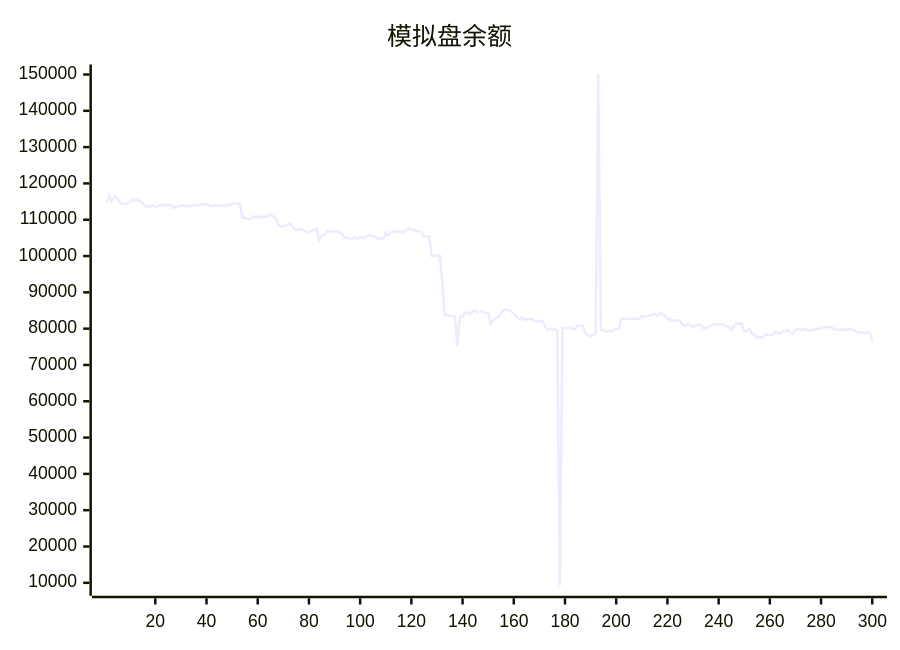
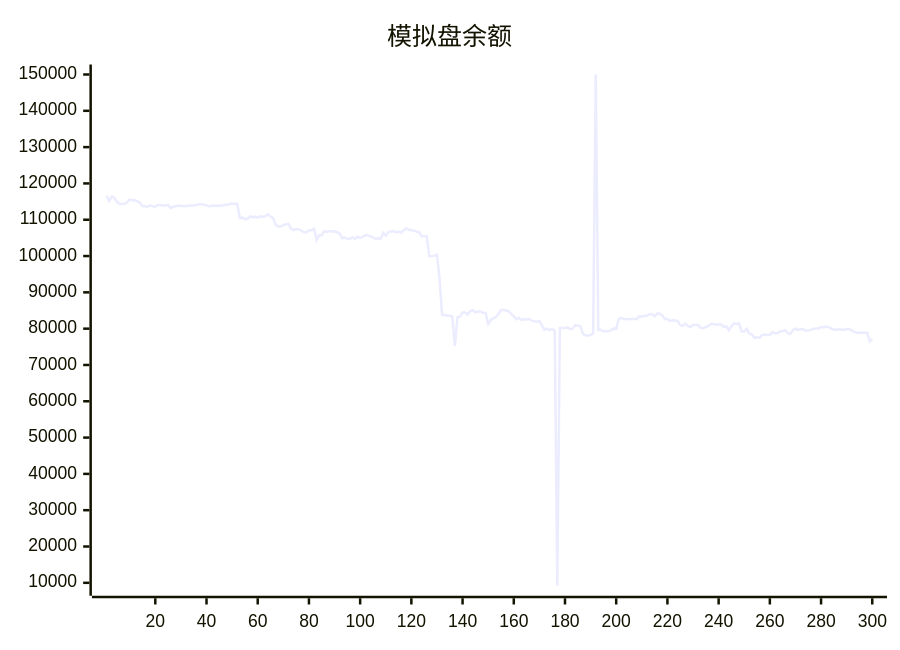
The diagram in README.md (aahl/ai-trading), drawn with Mermaid before and after one commit. The commit also changed other lines of this file and 1 other file, not shown here.

````diff
--- a/README.md
+++ b/README.md
@@ -5,5 +5,5 @@
 ```mermaid
 xychart
     title "模拟盘余额"
-    line [114726,116697,115160,116423,116083,114950,114365,114365,114388,114730,115582,115358,115358,115032,114686,113688,113688,113610,113930,113672,113585,114083,114074,113840,113996,114051,113208,113593,113701,113901,113794,113784,113810,113848,113927,113929,114064,114232,114293,114144,113960,113698,113853,113942,113812,113908,113877,114091,113998,114427,114422,114384,114384,110477,110576,110198,110198,110890,110712,110812,110569,110929,110847,110968,111478,110870,110433,108661,108116,108115,108485,108797,108877,107536,107134,107393,107393,107046,106565,106565,107081,107081,107478,104404,105715,105749,106866,106651,106889,106771,106816,106565,106141,104876,105103,104796,104734,105169,104690,105380,104941,105272,105709,105739,105374,105227,104691,104924,104762,106364,105628,106608,106748,106872,106485,106721,106468,107132,107620,107224,107080,107001,106717,106567,105431,105431,105440,99950,100017,100113,100337,93749,83795,83807,83567,83567,83342,75168,83222,83336,84448,84449,83896,84839,85065,84499,84757,84757,84364,84347,81254,82385,82835,83184,84099,85150,85150,85002,84751,84096,83356,82582,82983,82404,82572,82512,82688,82200,82047,81920,82125,80840,79688,80060,79552,79920,79470,9193,80236,80208,80170,80336,79894,80006,80954,80837,80712,78561,78139,78037,78293,78682,150000,79720,79720,79214,79372,79279,79591,80046,79993,82625,82950,82626,82571,82633,82670,82670,82681,83386,83378,83464,83579,83920,84037,83402,84160,84142,83652,82655,82655,82145,82315,82243,82163,80934,80770,81371,80742,80468,80989,80989,81067,80191,80155,80450,80737,81309,81309,81106,81119,81119,80471,80631,79624,80670,81448,81290,81429,79212,79222,79940,78643,78380,77432,77623,77504,78235,78358,78284,78277,79048,78714,78714,79290,79308,79567,78763,78563,79603,79988,79652,79813,79813,79476,79469,79673,79995,80015,80015,80486,80314,80600,80436,79966,79689,79689,79819,79692,79692,79850,79850,79518,79071,78889,78850,78850,78878,78878,76554]
+    line [116697,115160,116423,116083,114950,114365,114365,114388,114730,115582,115358,115358,115032,114686,113688,113688,113610,113930,113672,113585,114083,114074,113840,113996,114051,113208,113593,113701,113901,113794,113784,113810,113848,113927,113929,114064,114232,114293,114144,113960,113698,113853,113942,113812,113908,113877,114091,113998,114427,114422,114384,114384,110477,110576,110198,110198,110890,110712,110812,110569,110929,110847,110968,111478,110870,110433,108661,108116,108115,108485,108797,108877,107536,107134,107393,107393,107046,106565,106565,107081,107081,107478,104404,105715,105749,106866,106651,106889,106771,106816,106565,106141,104876,105103,104796,104734,105169,104690,105380,104941,105272,105709,105739,105374,105227,104691,104924,104762,106364,105628,106608,106748,106872,106485,106721,106468,107132,107620,107224,107080,107001,106717,106567,105431,105431,105440,99950,100017,100113,100337,93749,83795,83807,83567,83567,83342,75168,83222,83336,84448,84449,83896,84839,85065,84499,84757,84757,84364,84347,81254,82385,82835,83184,84099,85150,85150,85002,84751,84096,83356,82582,82983,82404,82572,82512,82688,82200,82047,81920,82125,80840,79688,80060,79552,79920,79470,9193,80236,80208,80170,80336,79894,80006,80954,80837,80712,78561,78139,78037,78293,78682,150000,79720,79720,79214,79372,79279,79591,80046,79993,82625,82950,82626,82571,82633,82670,82670,82681,83386,83378,83464,83579,83920,84037,83402,84160,84142,83652,82655,82655,82145,82315,82243,82163,80934,80770,81371,80742,80468,80989,80989,81067,80191,80155,80450,80737,81309,81309,81106,81119,81119,80471,80631,79624,80670,81448,81290,81429,79212,79222,79940,78643,78380,77432,77623,77504,78235,78358,78284,78277,79048,78714,78714,79290,79308,79567,78763,78563,79603,79988,79652,79813,79813,79476,79469,79673,79995,80015,80015,80486,80314,80600,80436,79966,79689,79689,79819,79692,79692,79850,79850,79518,79071,78889,78850,78850,78878,78878,76554,77202]
 ```
````
